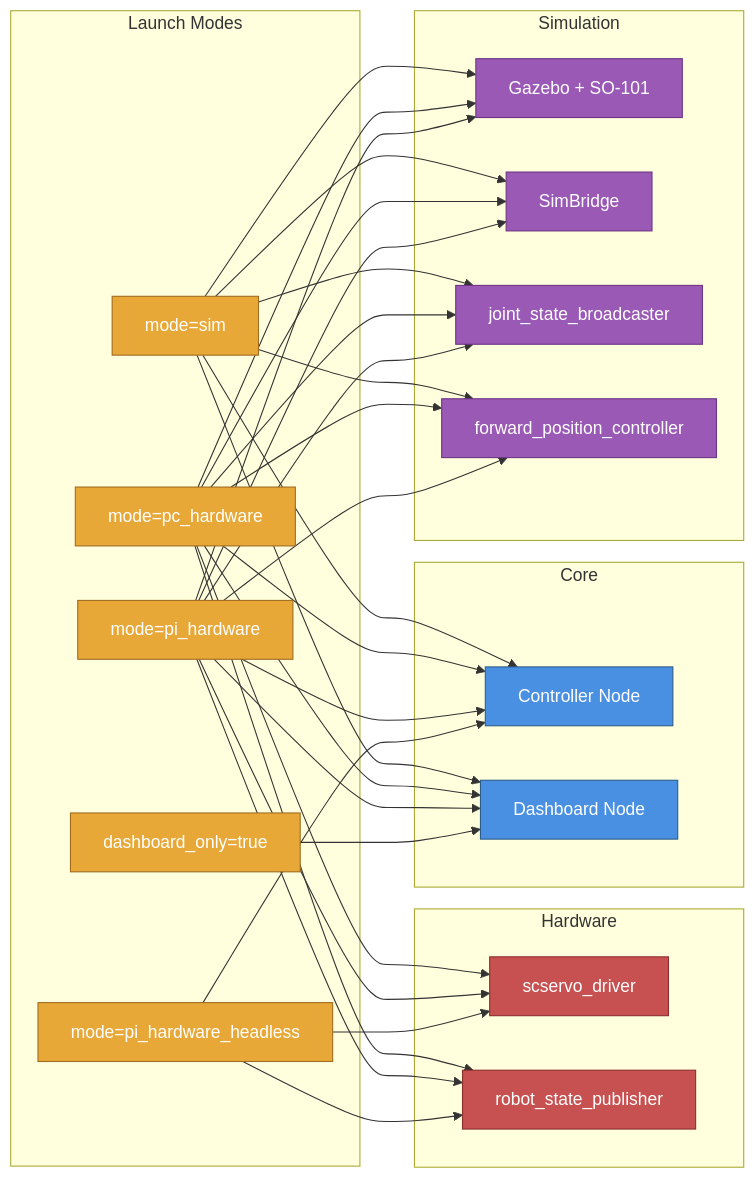
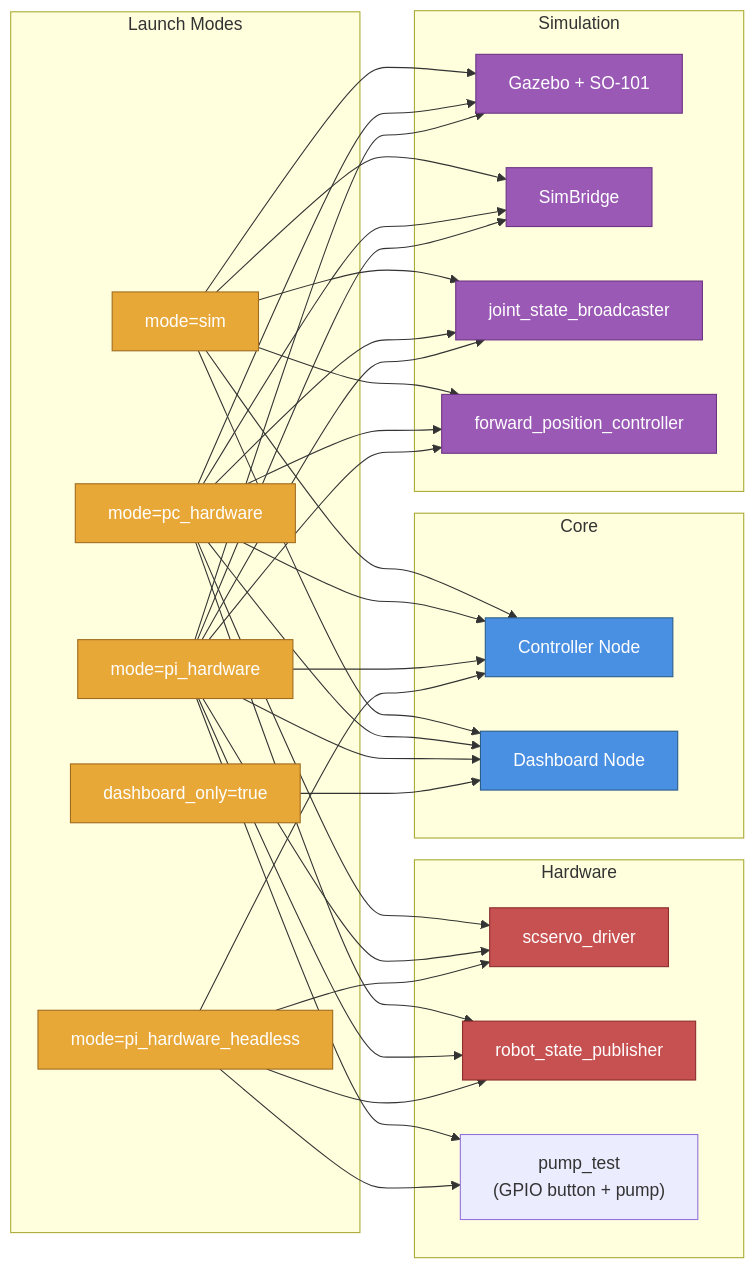
The diagram in docs/diagrams/launch-modes/launch-modes.mmd (jalliet/prap-25-26), drawn with Mermaid before and after one commit. The commit also changed 15 other files, not shown here.

First line of the commit message:
docs: choreographer + pump architecture in CLAUDE/README, diagrams updated

```diff
--- a/docs/diagrams/launch-modes/launch-modes.mmd
+++ b/docs/diagrams/launch-modes/launch-modes.mmd
@@ -1,66 +1,69 @@
 flowchart LR
     subgraph Modes["Launch Modes"]
         SIM["mode=sim"]
         PC["mode=pc_hardware"]
         PI["mode=pi_hardware"]
         PIH["mode=pi_hardware_headless"]
         DO["dashboard_only=true"]
     end
 
     subgraph Simulation["Simulation"]
         GAZ["Gazebo + SO-101"]
         BRIDGE["SimBridge"]
         JSB["joint_state_broadcaster"]
         FPC["forward_position_controller"]
     end
 
     subgraph Core["Core"]
         CTRL["Controller Node"]
         DASH["Dashboard Node"]
     end
 
     subgraph Hardware["Hardware"]
         DRV["scservo_driver"]
         RSP["robot_state_publisher"]
+        PT["pump_test<br/>(GPIO button + pump)"]
     end
 
     SIM --> GAZ
     SIM --> BRIDGE
     SIM --> JSB
     SIM --> FPC
     SIM --> CTRL
     SIM --> DASH
 
     PC --> GAZ
     PC --> BRIDGE
     PC --> JSB
     PC --> FPC
     PC --> CTRL
     PC --> DASH
     PC --> DRV
     PC --> RSP
 
     PI --> GAZ
     PI --> BRIDGE
     PI --> JSB
     PI --> FPC
     PI --> CTRL
     PI --> DASH
     PI --> DRV
     PI --> RSP
+    PI --> PT
 
     PIH --> CTRL
     PIH --> DRV
     PIH --> RSP
+    PIH --> PT
 
     DO --> DASH
 
     classDef mode fill:#E8A838,stroke:#A06B1F,color:#fff
     classDef simn fill:#9B59B6,stroke:#6C3483,color:#fff
     classDef core fill:#4A90E2,stroke:#2B5C8A,color:#fff
     classDef hw fill:#C75050,stroke:#8A2D2D,color:#fff
 
     class SIM,PC,PI,PIH,DO mode
     class GAZ,BRIDGE,JSB,FPC simn
     class CTRL,DASH core
     class DRV,RSP hw
```
